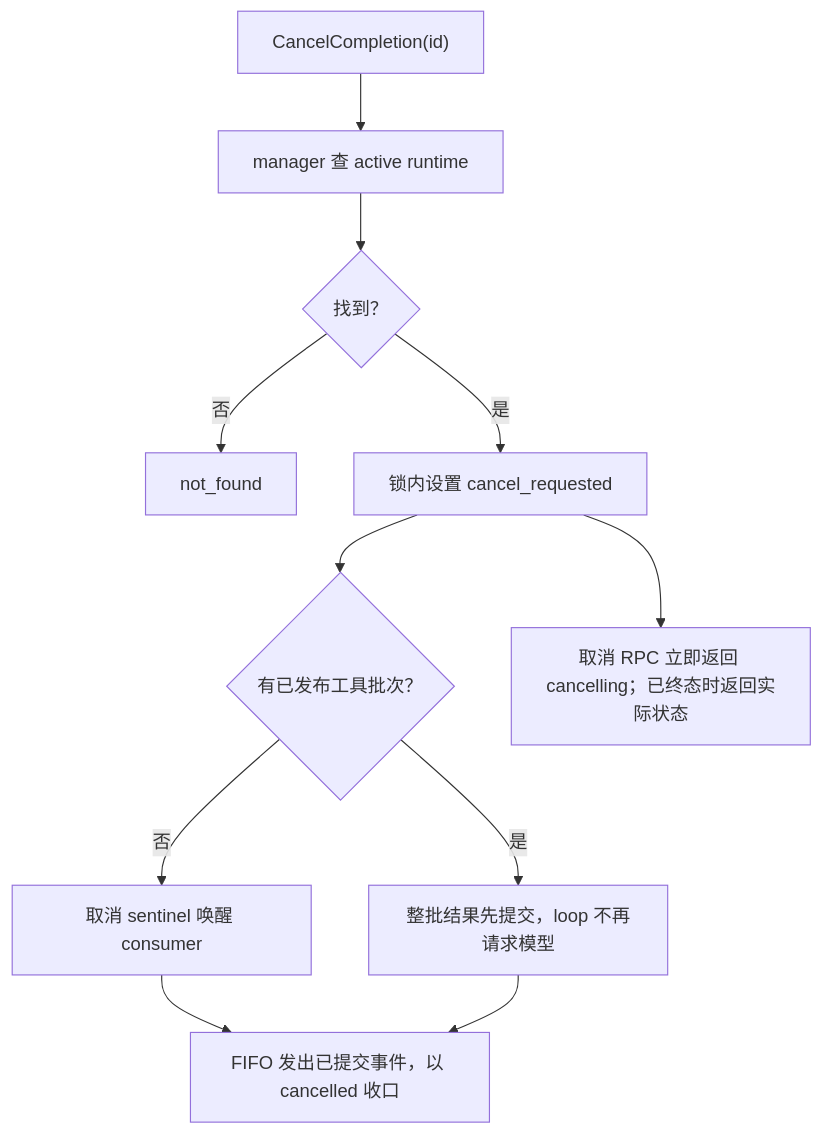
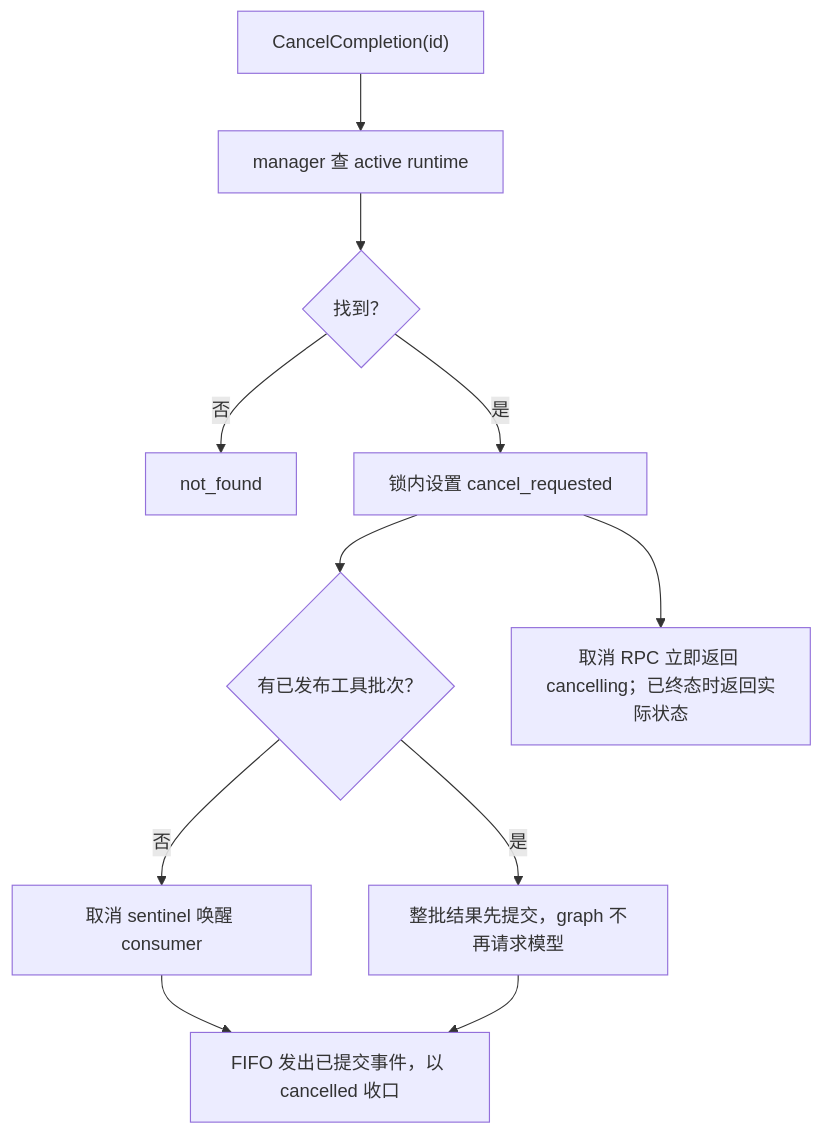
The second of 2 diagrams in agent/service/file_extraction_agent/docs/flowchart.md (ADChahaha/TraceAgent), drawn with Mermaid before and after one commit. The commit also changed other lines of this file and 14 other files, not shown here.

````diff
--- a/agent/service/file_extraction_agent/docs/flowchart.md
+++ b/agent/service/file_extraction_agent/docs/flowchart.md
@@ -22,13 +22,13 @@
 ```mermaid
 flowchart TD
     A["CancelCompletion(id)"] --> B["manager 查 active runtime"]
     B --> C{"找到？"}
     C -- 否 --> D["not_found"]
     C -- 是 --> E["锁内设置 cancel_requested"]
     E --> F{"有已发布工具批次？"}
     E --> R["取消 RPC 立即返回 cancelling；已终态时返回实际状态"]
     F -- 否 --> G["取消 sentinel 唤醒 consumer"]
-    F -- 是 --> H["整批结果先提交，loop 不再请求模型"]
+    F -- 是 --> H["整批结果先提交，graph 不再请求模型"]
     G --> I["FIFO 发出已提交事件，以 cancelled 收口"]
     H --> I
 ```
````
